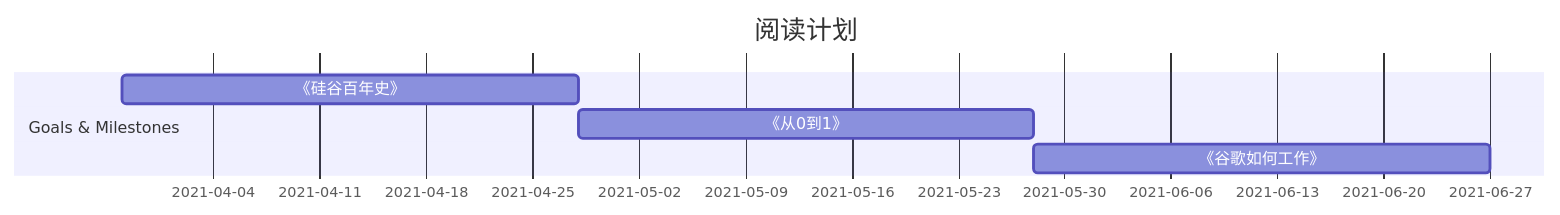
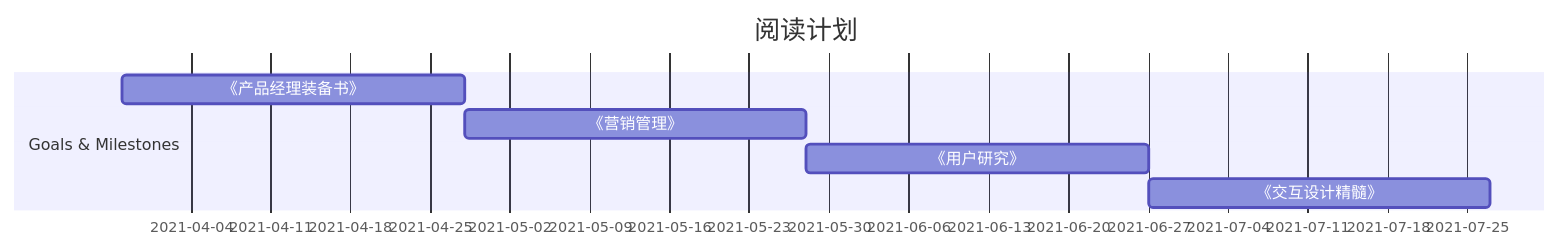
One commit to goooooouwa/writings changed the diagram in _posts/health/2021-03-31-reading-plan.md. Above: the diagram before and after it, drawn with Mermaid. The commit also changed other lines of this file, not shown here.

```diff
--- a/_posts/health/2021-03-31-reading-plan.md
+++ b/_posts/health/2021-03-31-reading-plan.md
@@ -12,10 +13,11 @@
 <div class="mermaid">
     gantt
     title 阅读计划
     dateFormat  YYYY-MM-DD
 
     section Goals & Milestones
-    《硅谷百年史》 :2021-03-29, 30d
-    《从0到1》 :30d
-    《谷歌如何工作》 :30d
+    《产品经理装备书》 :2021-03-29, 30d
+    《营销管理》 :30d
+    《用户研究》 :30d
+    《交互设计精髓》 :30d
 </div>
```
